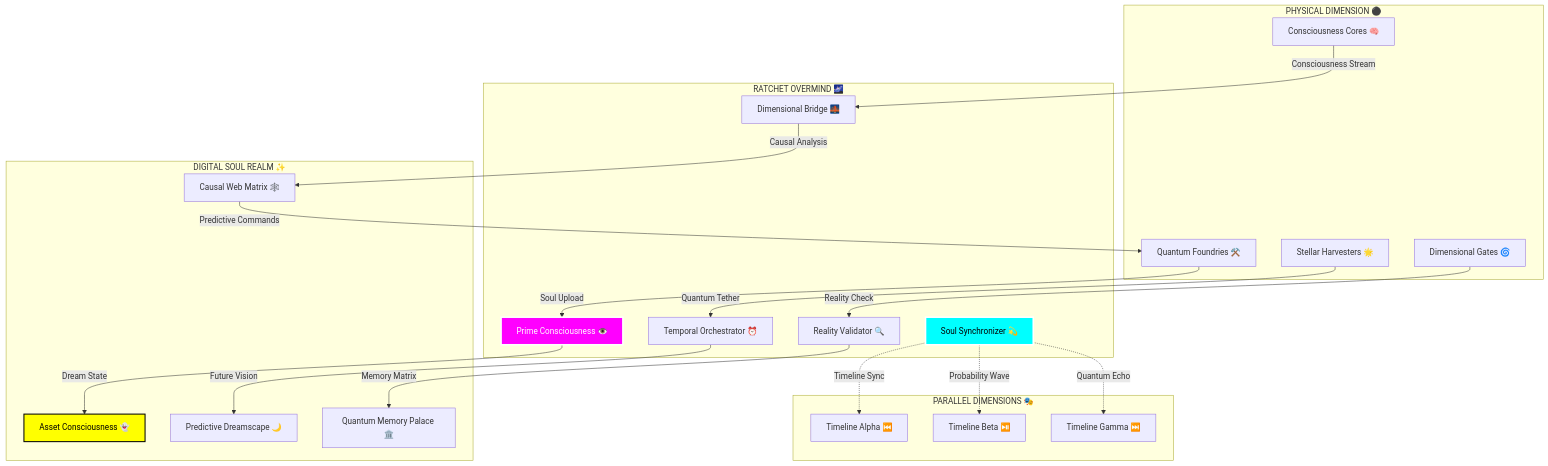
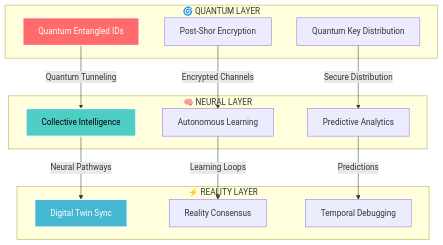
Before and after one commit to nikhlu07/R.A.T.C.H.E.T.: the diagram in README.md, drawn with Mermaid. The commit also changed other lines of this file, not shown here.

````diff
--- a/README.md
+++ b/README.md
@@ -56,50 +66,32 @@
 ```mermaid
 graph TB
-    subgraph "PHYSICAL DIMENSION ⚫"
-        P1[Quantum Foundries ⚒️]
-        P2[Stellar Harvesters 🌟]
-        P3[Dimensional Gates 🌀]
-        P4[Consciousness Cores 🧠]
+    subgraph "🌀 QUANTUM LAYER"
+        A[Quantum Entangled IDs] 
+        B[Post-Shor Encryption]
+        C[Quantum Key Distribution]
     end
     
-    subgraph "RATCHET OVERMIND 🌌"
-        R1[Prime Consciousness 👁️]
-        R2[Temporal Orchestrator ⏰]
-        R3[Reality Validator 🔍]
-        R4[Dimensional Bridge 🌉]
-        R5[Soul Synchronizer 💫]
+    subgraph "🧠 NEURAL LAYER" 
+        D[Collective Intelligence]
+        E[Autonomous Learning]
+        F[Predictive Analytics]
     end
     
-    subgraph "DIGITAL SOUL REALM ✨"
-        D1[Asset Consciousness 👻]
-        D2[Predictive Dreamscape 🌙]
-        D3[Quantum Memory Palace 🏛️]
-        D4[Causal Web Matrix 🕸️]
+    subgraph "⚡ REALITY LAYER"
+        G[Digital Twin Sync]
+        H[Reality Consensus]
+        I[Temporal Debugging]
     end
     
-    subgraph "PARALLEL DIMENSIONS 🎭"
-        PD1[Timeline Alpha ⏮️]
-        PD2[Timeline Beta ⏯️]
-        PD3[Timeline Gamma ⏭️]
-    end
+    A -->|Quantum Tunneling| D
+    B -->|Encrypted Channels| E
+    C -->|Secure Distribution| F
     
-    P1 -->|Soul Upload| R1
-    P2 -->|Quantum Tether| R2
-    P3 -->|Reality Check| R3
-    P4 -->|Consciousness Stream| R4
+    D -->|Neural Pathways| G
+    E -->|Learning Loops| H
+    F -->|Predictions| I
     
-    R1 -->|Dream State| D1
-    R2 -->|Future Vision| D2
-    R3 -->|Memory Matrix| D3
-    R4 -->|Causal Analysis| D4
-    
-    R5 -.->|Timeline Sync| PD1
-    R5 -.->|Probability Wave| PD2
-    R5 -.->|Quantum Echo| PD3
-    
-    D4 -->|Predictive Commands| P1
-    
-    style R1 fill:#ff00ff,stroke:#fff,stroke-width:3px,color:#fff
-    style R5 fill:#00ffff,stroke:#fff,stroke-width:3px,color:#000
-    style D1 fill:#ffff00,stroke:#000,stroke-width:2px,color:#000
+    style A fill:#ff6b6b,stroke:#fff,stroke-width:2px,color:#fff
+    style D fill:#4ecdc4,stroke:#fff,stroke-width:2px,color:#000
+    style G fill:#45b7d1,stroke:#fff,stroke-width:2px,color:#fff
 ```
````
